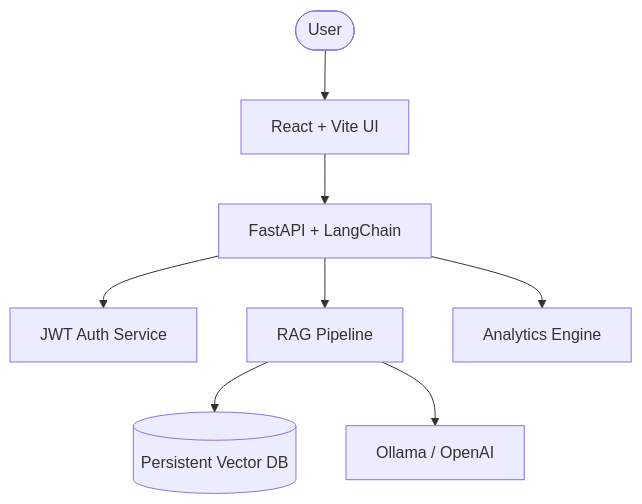
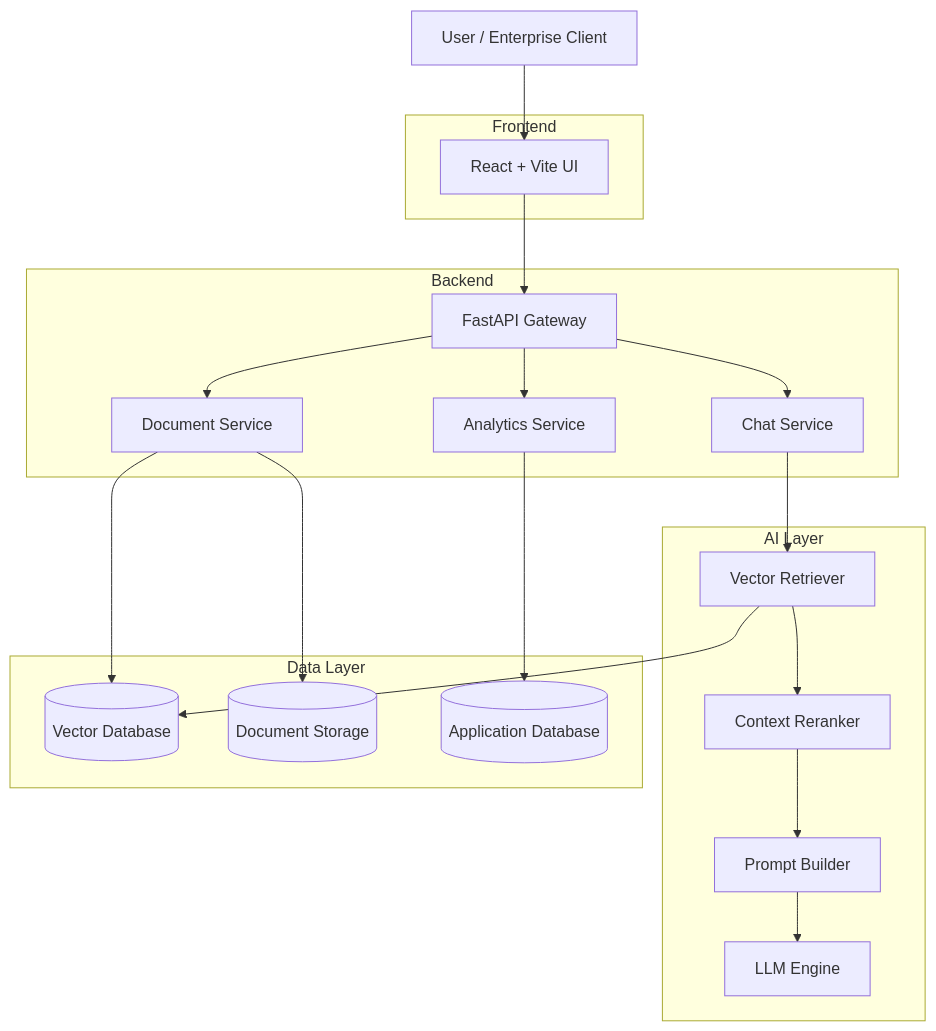
The diagram in README.md (LoganthP/NexusAI), drawn with Mermaid before and after one commit. The commit also changed other lines of this file, not shown here.

````diff
--- a/README.md
+++ b/README.md
@@ -20,10 +78,49 @@
 ```mermaid
-graph TD
-    User([User]) --> Frontend[React + Vite UI]
-    Frontend --> Backend[FastAPI + LangChain]
-    Backend --> Auth[JWT Auth Service]
-    Backend --> RAG[RAG Pipeline]
-    RAG --> VectorStore[(Persistent Vector DB)]
-    RAG --> LLM[Ollama / OpenAI]
-    Backend --> Analytics[Analytics Engine]
+flowchart TB
+
+User[User / Enterprise Client]
+
+subgraph Frontend
+UI[React + Vite UI]
+end
+
+subgraph Backend
+API[FastAPI Gateway]
+ChatService[Chat Service]
+DocService[Document Service]
+AnalyticsService[Analytics Service]
+end
+
+subgraph AI Layer
+Retriever[Vector Retriever]
+Reranker[Context Reranker]
+PromptBuilder[Prompt Builder]
+LLM[LLM Engine]
+end
+
+subgraph Data Layer
+VectorDB[(Vector Database)]
+DocStorage[(Document Storage)]
+SQLDB[(Application Database)]
+end
+
+User --> UI
+UI --> API
+
+API --> ChatService
+API --> DocService
+API --> AnalyticsService
+
+ChatService --> Retriever
+Retriever --> VectorDB
+
+Retriever --> Reranker
+Reranker --> PromptBuilder
+
+PromptBuilder --> LLM
+
+DocService --> DocStorage
+DocService --> VectorDB
+
+AnalyticsService --> SQLDB
 ```
````
